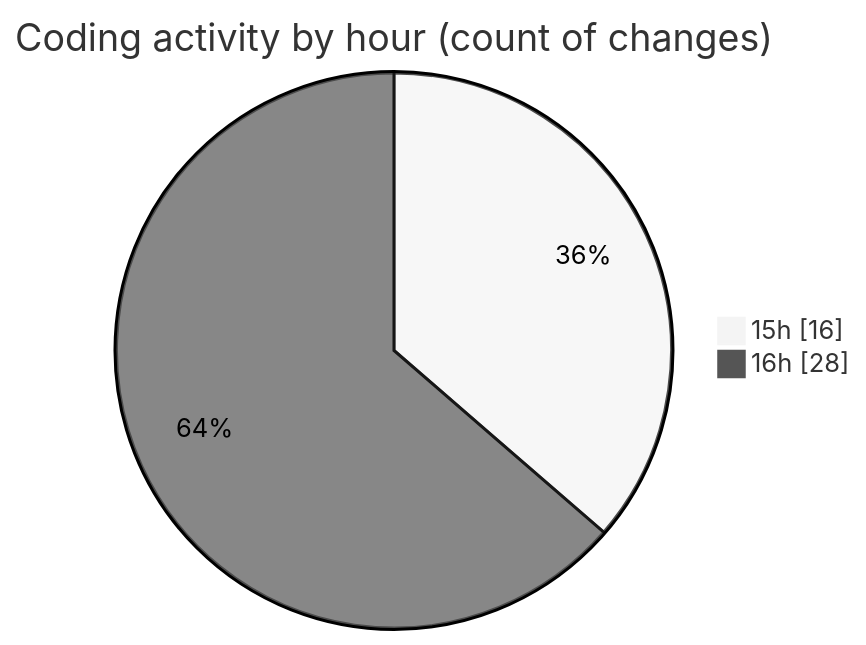
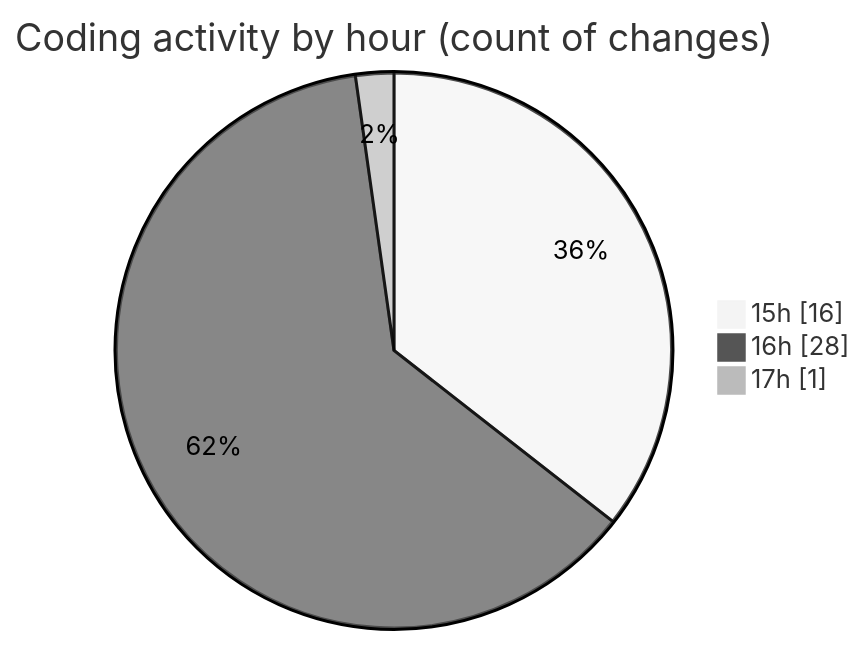
Before and after one commit to mevix1/code-tracking: the second of 2 diagrams in 2025-10-01/oura-api/README.md, drawn with Mermaid (neutral theme). The commit also changed other lines of this file and 1 other file, not shown here.

````diff
--- a/2025-10-01/oura-api/README.md
+++ b/2025-10-01/oura-api/README.md
@@ -60,6 +61,7 @@
 ```mermaid
 pie showData
 title Coding activity by hour (count of changes)
 "15h" : 16
 "16h" : 28
+"17h" : 1
 ```
````
